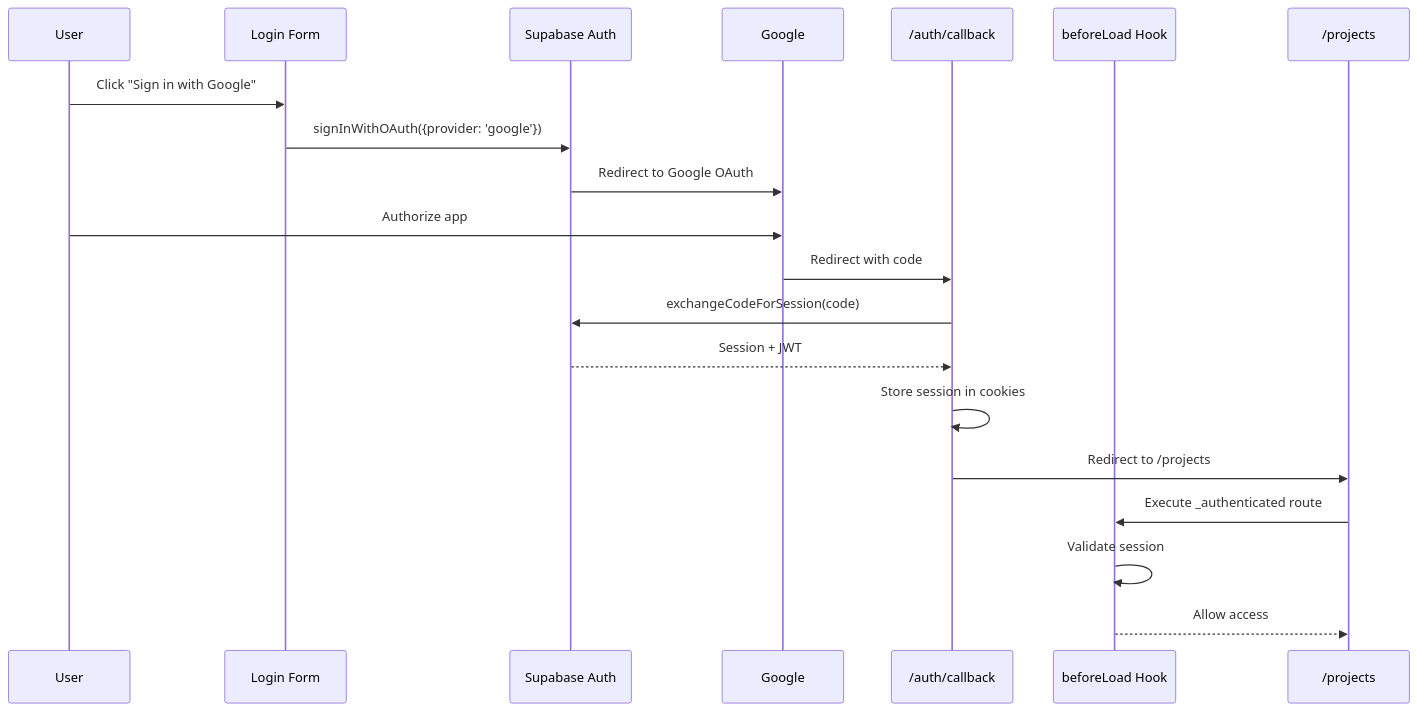
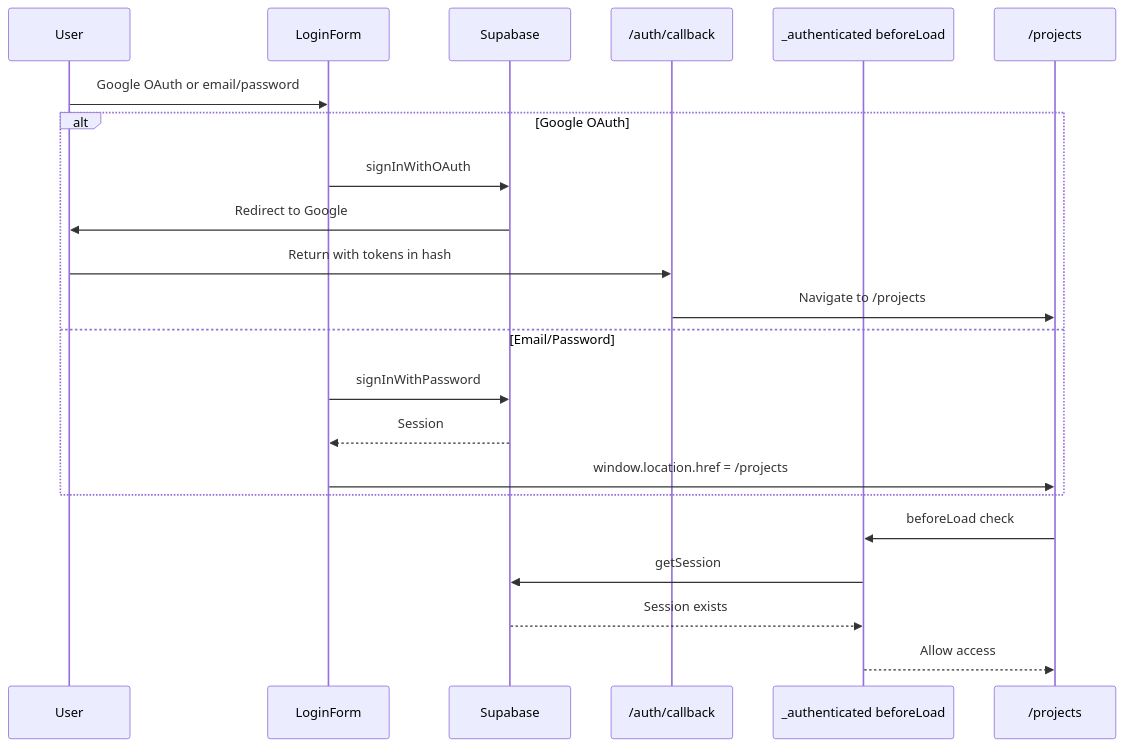
The first of 3 diagrams in _docs/technical/frontend/auth-implementation.md (haowjy/meridian-flow), drawn with Mermaid before and after one commit. The commit also changed other lines of this file and 62 other files, not shown here.

````diff
--- a/_docs/technical/frontend/auth-implementation.md
+++ b/_docs/technical/frontend/auth-implementation.md
@@ -15,23 +12,25 @@
 ```mermaid
 sequenceDiagram
     participant User
-    participant LoginUI as Login Form
-    participant Supabase as Supabase Auth
-    participant Google
+    participant LoginForm
+    participant Supabase
     participant Callback as /auth/callback
-    participant beforeLoad as beforeLoad Hook
-    participant Projects as /projects
+    participant Router as _authenticated beforeLoad
+    participant App as /projects
 
-    User->>LoginUI: Click "Sign in with Google"
-    LoginUI->>Supabase: signInWithOAuth({provider: 'google'})
-    Supabase->>Google: Redirect to Google OAuth
-    User->>Google: Authorize app
-    Google->>Callback: Redirect with code
-    Callback->>Supabase: exchangeCodeForSession(code)
-    Supabase-->>Callback: Session + JWT
-    Callback->>Callback: Store session in cookies
-    Callback->>Projects: Redirect to /projects
-    Projects->>beforeLoad: Execute _authenticated route
-    beforeLoad->>beforeLoad: Validate session
-    beforeLoad-->>Projects: Allow access
+    User->>LoginForm: Google OAuth or email/password
+    alt Google OAuth
+        LoginForm->>Supabase: signInWithOAuth
+        Supabase->>User: Redirect to Google
+        User->>Callback: Return with tokens in hash
+        Callback->>App: Navigate to /projects
+    else Email/Password
+        LoginForm->>Supabase: signInWithPassword
+        Supabase-->>LoginForm: Session
+        LoginForm->>App: window.location.href = /projects
+    end
+    App->>Router: beforeLoad check
+    Router->>Supabase: getSession
+    Supabase-->>Router: Session exists
+    Router-->>App: Allow access
 ```
````
